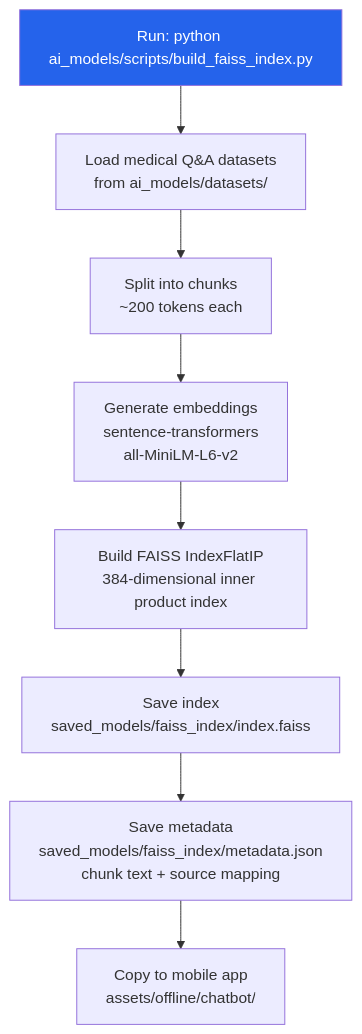
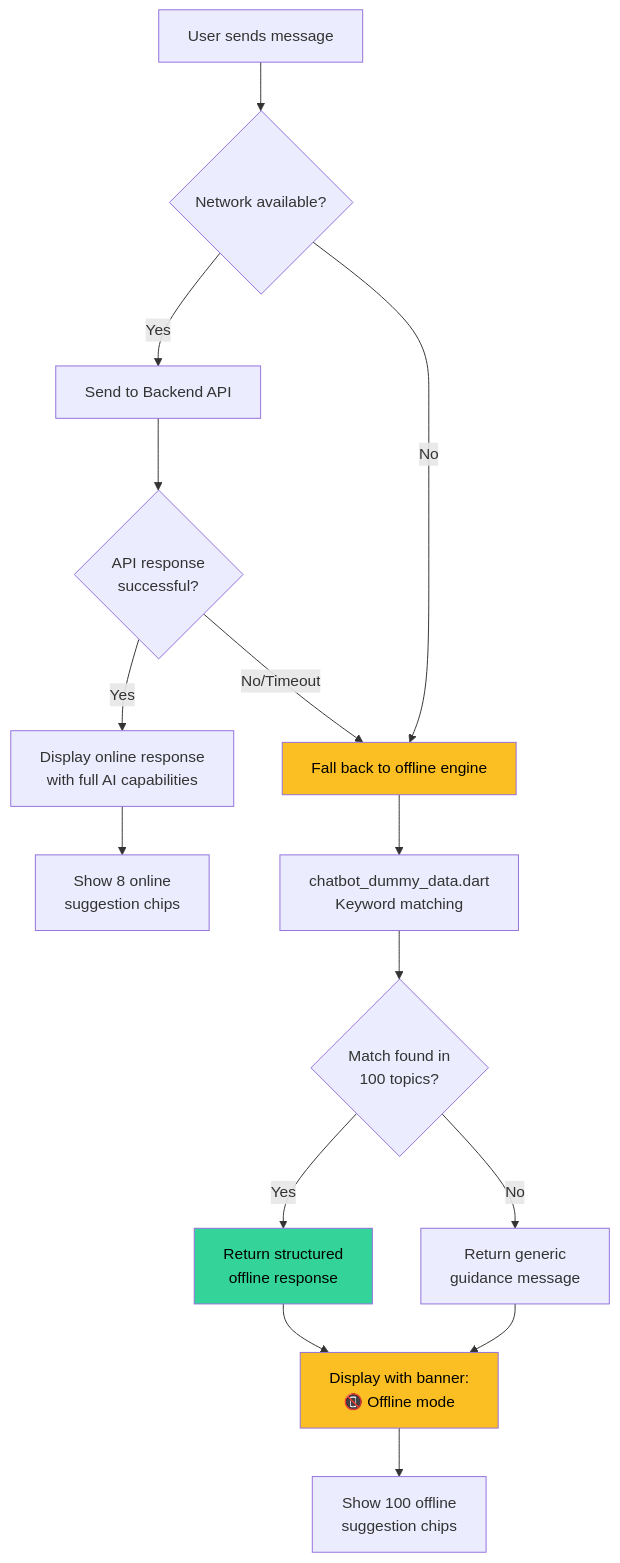
Before and after one commit to SKS-650/AI-Healthcare-Assistant-for-Rular-Areas: diagram 28 of 28 in README.md, drawn with Mermaid. The commit also changed other lines of this file and 18 other files, not shown here.

````diff
--- a/README.md
+++ b/README.md
@@ -3439,12 +3445,21 @@
 ```mermaid
 flowchart TD
-    A[Run: python ai_models/scripts/build_faiss_index.py] --> B[Load medical Q&A datasets\nfrom ai_models/datasets/]
-    B --> C[Split into chunks\n~200 tokens each]
-    C --> D[Generate embeddings\nsentence-transformers\nall-MiniLM-L6-v2]
-    D --> E[Build FAISS IndexFlatIP\n384-dimensional inner product index]
-    E --> F[Save index\nsaved_models/faiss_index/index.faiss]
-    F --> G[Save metadata\nsaved_models/faiss_index/metadata.json\nchunk text + source mapping]
-    G --> H[Copy to mobile app\nassets/offline/chatbot/]
+    A[User sends message] --> B{Network available?}
+    B -- Yes --> C[Send to Backend API]
+    C --> D{API response\nsuccessful?}
+    D -- Yes --> E[Display online response\nwith full AI capabilities]
+    D -- No/Timeout --> F[Fall back to offline engine]
+    B -- No --> F
+    F --> G[chatbot_dummy_data.dart\nKeyword matching]
+    G --> H{Match found in\n100 topics?}
+    H -- Yes --> I[Return structured\noffline response]
+    H -- No --> J[Return generic\nguidance message]
+    I --> K["Display with banner:\n📵 Offline mode"]
+    J --> K
+    K --> L[Show 100 offline\nsuggestion chips]
+    E --> M[Show 8 online\nsuggestion chips]
 
-    style A fill:#2563eb,color:#fff
+    style F fill:#fbbf24,color:#000
+    style I fill:#34d399,color:#000
+    style K fill:#fbbf24,color:#000
 ```
````
